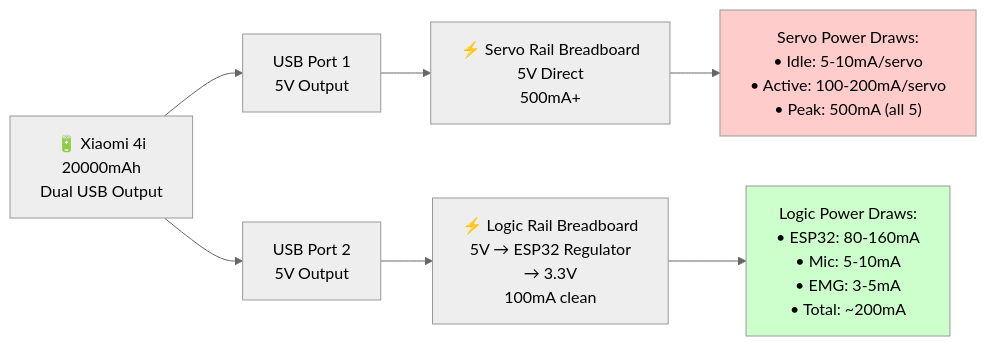
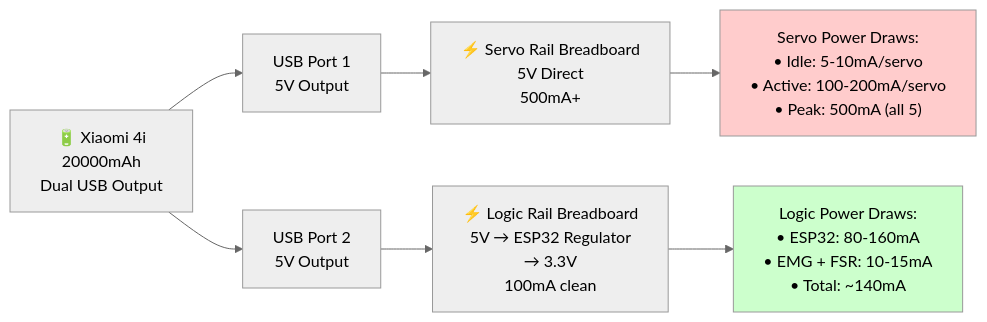
One commit to harshitt13/Krtrimahastah changed the fourth of 4 diagrams in README.md. Above: the diagram before and after it, drawn with Mermaid (neutral theme). The commit also changed other lines of this file and 2 other files, not shown here.

````diff
--- a/README.md
+++ b/README.md
@@ -259,24 +247,24 @@
 ```mermaid
 graph LR
     BATTERY["🔋 Xiaomi 4i<br/>20000mAh<br/>Dual USB Output"]
 
     USB1["USB Port 1<br/>5V Output"]
     USB2["USB Port 2<br/>5V Output"]
 
     SERVO_POWER["⚡ Servo Rail Breadboard<br/>5V Direct<br/>500mA+"]
     LOGIC_POWER["⚡ Logic Rail Breadboard<br/>5V → ESP32 Regulator<br/>→ 3.3V<br/>100mA clean"]
 
     SERVO_DRAWS["Servo Power Draws:<br/>• Idle: 5-10mA/servo<br/>• Active: 100-200mA/servo<br/>• Peak: 500mA (all 5)"]
 
-    LOGIC_DRAWS["Logic Power Draws:<br/>• ESP32: 80-160mA<br/>• Mic: 5-10mA<br/>• EMG: 3-5mA<br/>• Total: ~200mA"]
+    LOGIC_DRAWS["Logic Power Draws:<br/>• ESP32: 80-160mA<br/>• EMG + FSR: 10-15mA<br/>• Total: ~140mA"]
 
     BATTERY --> USB1
     BATTERY --> USB2
     USB1 --> SERVO_POWER
     USB2 --> LOGIC_POWER
     SERVO_POWER --> SERVO_DRAWS
     LOGIC_POWER --> LOGIC_DRAWS
 
     style SERVO_DRAWS fill:#ffcccc
     style LOGIC_DRAWS fill:#ccffcc
 ```
````
